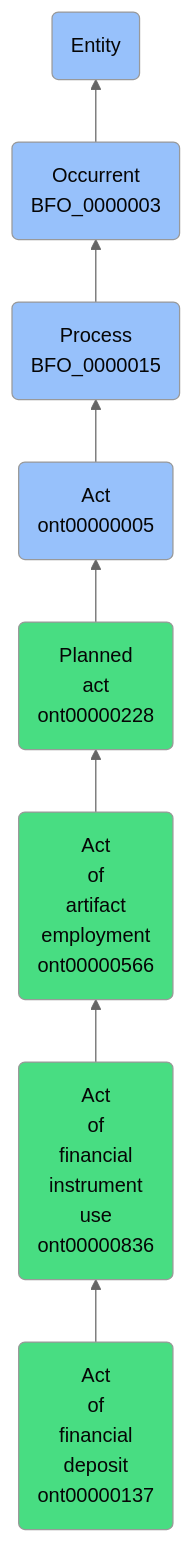
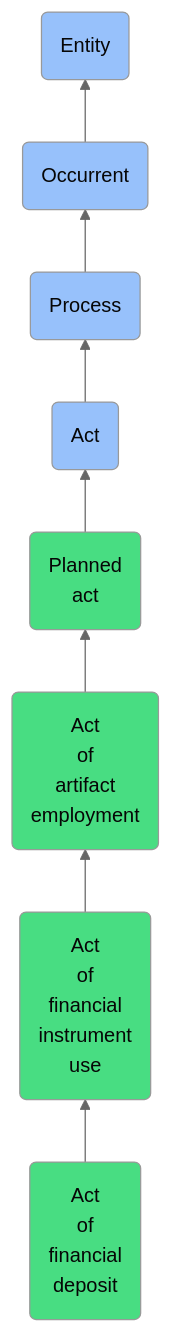
One commit to jupyter-naas/abi changed the diagram in docs/ontology/reference/model/Entity/Occurrent/Process/Act/Planned act/Act of artifact employment/Act of financial instrument use/Act of financial deposit/Act of financial deposit.md. Above: the diagram before and after it, drawn with Mermaid (neutral theme). The commit also changed other lines of this file and 1430 other files, not shown here.

````diff
--- a/docs/ontology/reference/model/Entity/Occurrent/Process/Act/Planned act/Act of artifact employment/Act of financial instrument use/Act of financial deposit/Act of financial deposit.md
+++ b/docs/ontology/reference/model/Entity/Occurrent/Process/Act/Planned act/Act of artifact employment/Act of financial instrument use/Act of financial deposit/Act of financial deposit.md
@@ -24,15 +24,15 @@
 ```mermaid
 graph BT
-    ont00000137(Act<br>of<br>financial<br>deposit<br>ont00000137):::ABI-->ont00000836
-    ont00000836(Act<br>of<br>financial<br>instrument<br>use<br>ont00000836):::ABI-->ont00000566
-    ont00000566(Act<br>of<br>artifact<br>employment<br>ont00000566):::ABI-->ont00000228
-    ont00000228(Planned<br>act<br>ont00000228):::ABI-->ont00000005
-    ont00000005(Act<br>ont00000005):::BFO-->BFO_0000015
-    BFO_0000015(Process<br>BFO_0000015):::BFO-->BFO_0000003
-    BFO_0000003(Occurrent<br>BFO_0000003):::BFO-->BFO_0000001
+    ont00000137(Act<br>of<br>financial<br>deposit):::ABI-->ont00000836
+    ont00000836(Act<br>of<br>financial<br>instrument<br>use):::ABI-->ont00000566
+    ont00000566(Act<br>of<br>artifact<br>employment):::ABI-->ont00000228
+    ont00000228(Planned<br>act):::ABI-->ont00000005
+    ont00000005(Act):::BFO-->BFO_0000015
+    BFO_0000015(Process):::BFO-->BFO_0000003
+    BFO_0000003(Occurrent):::BFO-->BFO_0000001
     BFO_0000001(Entity):::BFO
     
     classDef BFO fill:#97c1fb,color:#060606
     classDef CCO fill:#e4c51e,color:#060606
     classDef ABI fill:#48DD82,color:#060606
 ```
````
